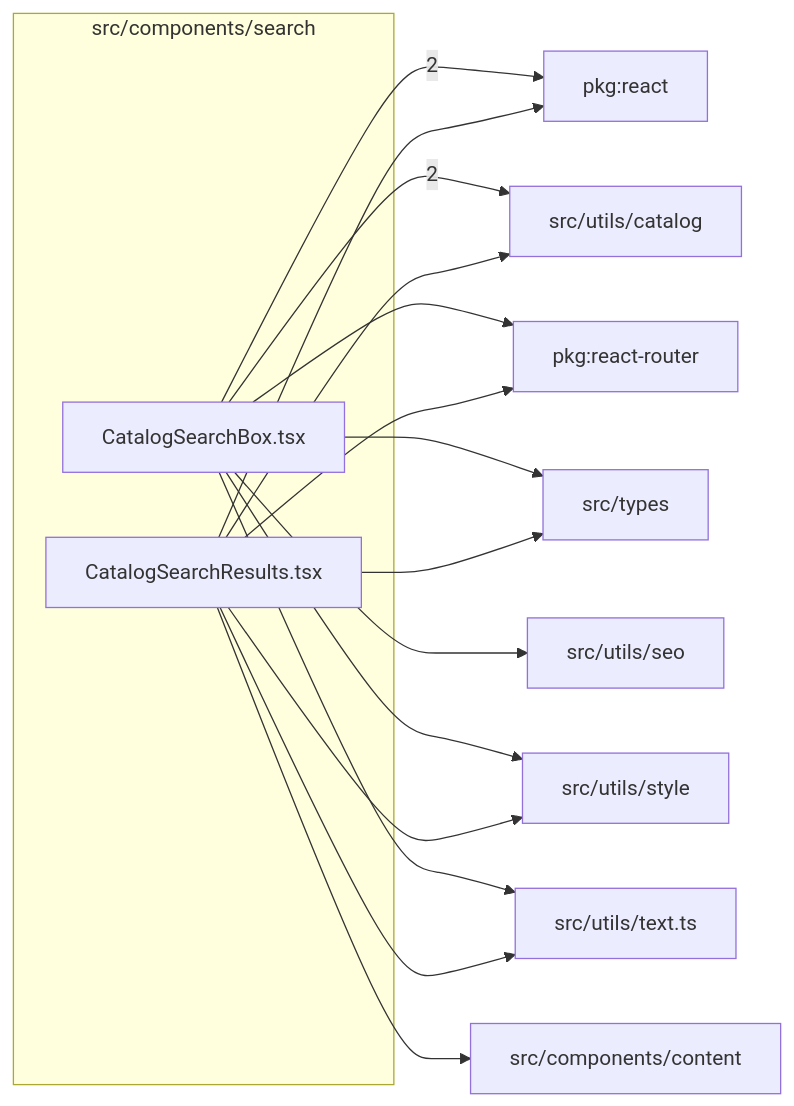
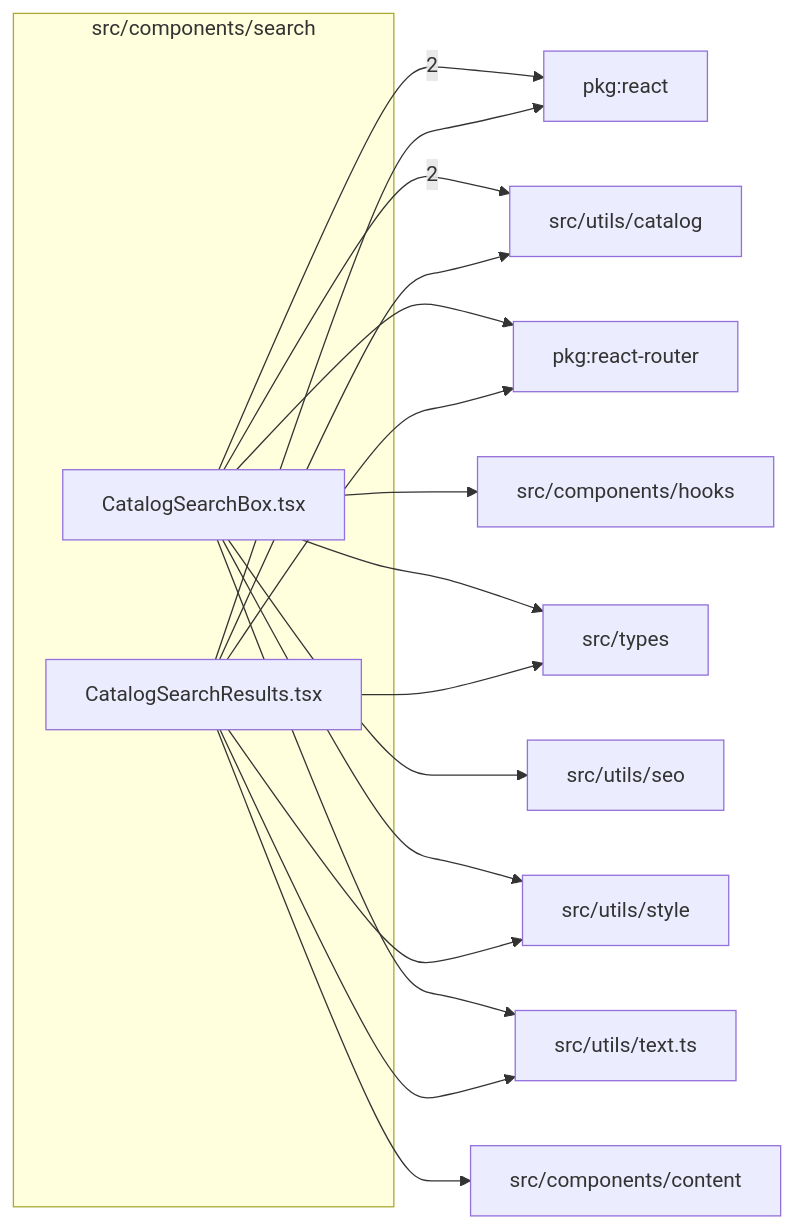
Before and after one commit to ronbuening/LensVisualizer: the diagram in src/components/search/readme.md, drawn with Mermaid. The commit also changed other lines of this file and 4 other files, not shown here.

Commit message:
Dismiss catalog search suggestions

````diff
--- a/src/components/search/readme.md
+++ b/src/components/search/readme.md
@@ -9,29 +9,31 @@
 ```mermaid
 flowchart LR
   subgraph n_src_components_search["src/components/search"]
     n_src_components_search_src_components_search_CatalogSearchBox_tsx["CatalogSearchBox.tsx"]
     n_src_components_search_src_components_search_CatalogSearchResults_tsx["CatalogSearchResults.tsx"]
   end
   n_external_pkg_react["pkg:react"]
   n_external_src_utils_catalog["src/utils/catalog"]
   n_external_pkg_react_router["pkg:react-router"]
   n_external_src_components_content["src/components/content"]
+  n_external_src_components_hooks["src/components/hooks"]
   n_external_src_types["src/types"]
   n_external_src_utils_seo["src/utils/seo"]
   n_external_src_utils_style["src/utils/style"]
   n_external_src_utils_text_ts["src/utils/text.ts"]
   n_src_components_search_src_components_search_CatalogSearchBox_tsx --> |2| n_external_pkg_react
   n_src_components_search_src_components_search_CatalogSearchBox_tsx --> |2| n_external_src_utils_catalog
   n_src_components_search_src_components_search_CatalogSearchResults_tsx --> n_external_pkg_react
   n_src_components_search_src_components_search_CatalogSearchBox_tsx --> n_external_pkg_react_router
   n_src_components_search_src_components_search_CatalogSearchResults_tsx --> n_external_pkg_react_router
   n_src_components_search_src_components_search_CatalogSearchResults_tsx --> n_external_src_components_content
+  n_src_components_search_src_components_search_CatalogSearchBox_tsx --> n_external_src_components_hooks
   n_src_components_search_src_components_search_CatalogSearchBox_tsx --> n_external_src_types
   n_src_components_search_src_components_search_CatalogSearchResults_tsx --> n_external_src_types
   n_src_components_search_src_components_search_CatalogSearchResults_tsx --> n_external_src_utils_catalog
   n_src_components_search_src_components_search_CatalogSearchBox_tsx --> n_external_src_utils_seo
   n_src_components_search_src_components_search_CatalogSearchBox_tsx --> n_external_src_utils_style
   n_src_components_search_src_components_search_CatalogSearchResults_tsx --> n_external_src_utils_style
   n_src_components_search_src_components_search_CatalogSearchBox_tsx --> n_external_src_utils_text_ts
   n_src_components_search_src_components_search_CatalogSearchResults_tsx --> n_external_src_utils_text_ts
 ```
````
